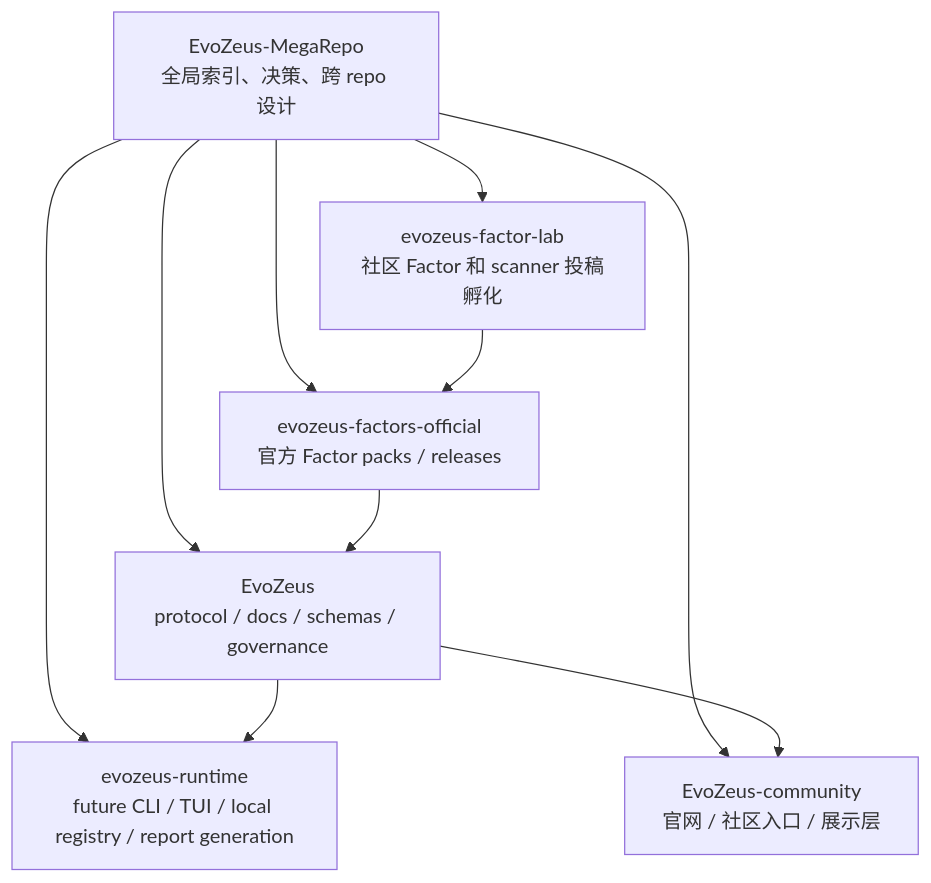
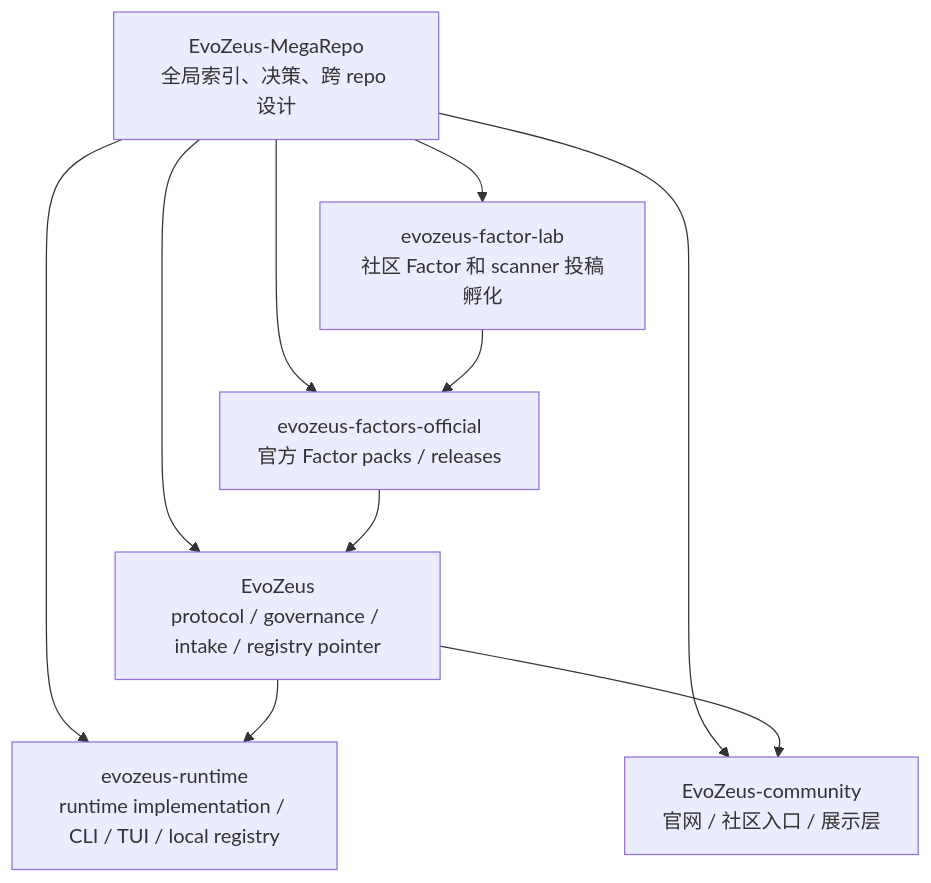
Before and after one commit to MetaInFLow/EvoZeus-MegaRepo: the second of 6 diagrams in 00-global/evozeus-overall-design.md, drawn with Mermaid. The commit also changed other lines of this file and 12 other files, not shown here.

Commit message:
Document EvoZeus lifecycle repo boundaries (#1)

````diff
--- a/00-global/evozeus-overall-design.md
+++ b/00-global/evozeus-overall-design.md
@@ -74,13 +84,13 @@
 ```mermaid
 flowchart TB
-  Mega["EvoZeus-MegaRepo<br/>全局索引、决策、跨 repo 设计"] --> Main["EvoZeus<br/>protocol / docs / schemas / governance"]
+  Mega["EvoZeus-MegaRepo<br/>全局索引、决策、跨 repo 设计"] --> Main["EvoZeus<br/>protocol / governance / intake / registry pointer"]
   Mega --> Community["EvoZeus-community<br/>官网 / 社区入口 / 展示层"]
   Mega --> Lab["evozeus-factor-lab<br/>社区 Factor 和 scanner 投稿孵化"]
   Mega --> Official["evozeus-factors-official<br/>官方 Factor packs / releases"]
-  Mega --> Runtime["evozeus-runtime<br/>future CLI / TUI / local registry / report generation"]
+  Mega --> Runtime["evozeus-runtime<br/>runtime implementation / CLI / TUI / local registry"]
 
   Lab --> Official
   Official --> Main
   Main --> Runtime
   Main --> Community
 ```
````
